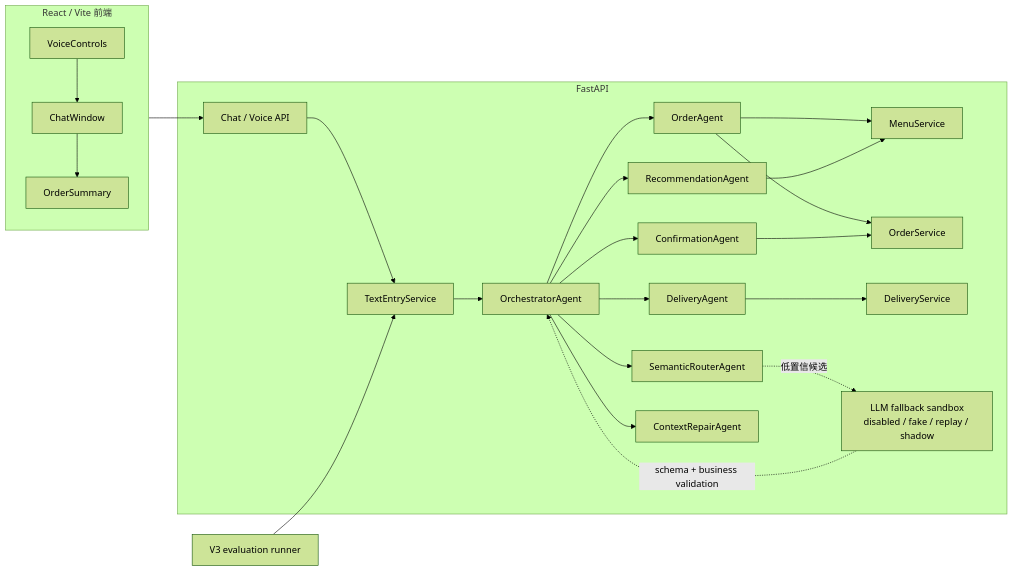
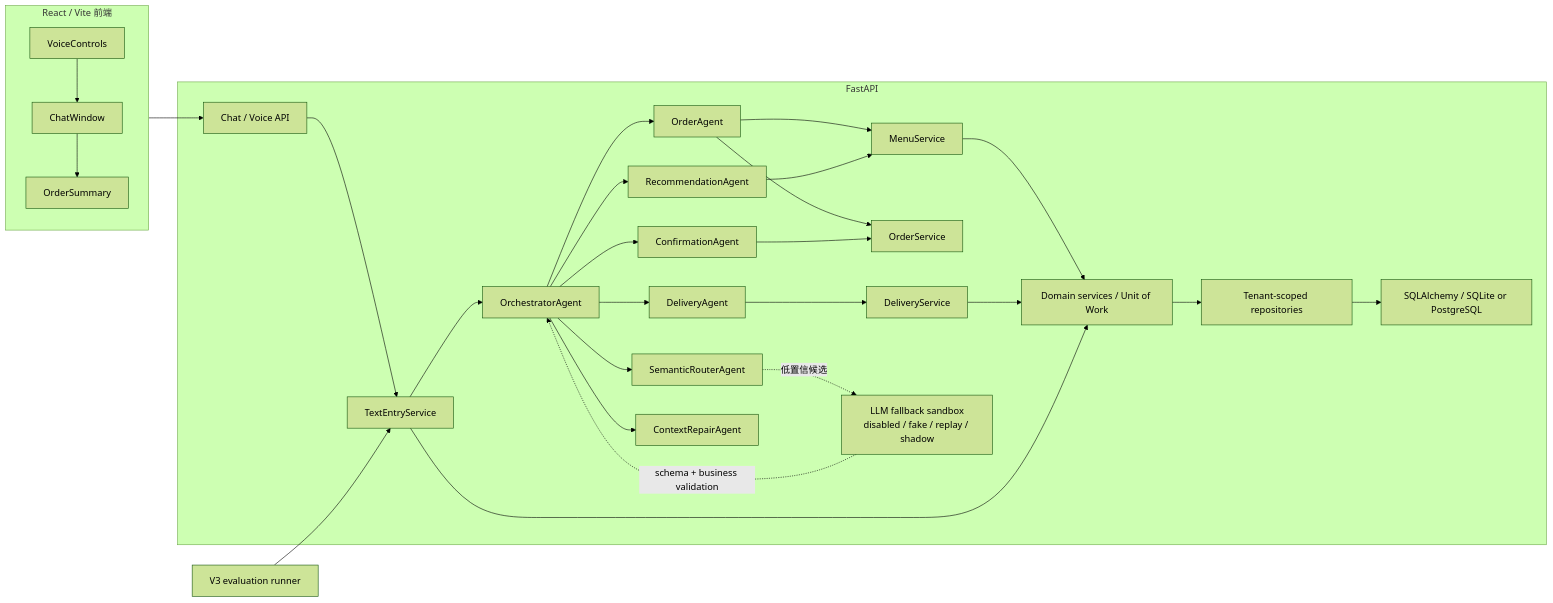
One commit to Blank-white-new/Order-agent changed the diagram in docs/architecture.md. Above: the diagram before and after it, drawn with Mermaid (forest theme). The commit also changed other lines of this file and 11 other files, not shown here.

````diff
--- a/docs/architecture.md
+++ b/docs/architecture.md
@@ -5,36 +5,42 @@
 ```mermaid
 flowchart LR
     subgraph FE["React / Vite 前端"]
         CW["ChatWindow"]
         VC["VoiceControls"]
         OS["OrderSummary"]
         CW --> OS
         VC --> CW
     end
 
     subgraph API["FastAPI"]
         HTTP["Chat / Voice API"]
         TES["TextEntryService"]
         ORCH["OrchestratorAgent"]
         ROUTER["SemanticRouterAgent"]
         HTTP --> TES --> ORCH --> ROUTER
 
         ORCH --> OA["OrderAgent"]
         ORCH --> RA["RecommendationAgent"]
         ORCH --> DA["DeliveryAgent"]
         ORCH --> CA["ConfirmationAgent"]
         ORCH --> CRA["ContextRepairAgent"]
 
         OA --> MS["MenuService"]
         RA --> MS
         OA --> ODS["OrderService"]
         CA --> ODS
         DA --> DS["DeliveryService"]
 
+        MS --> SVC["Domain services / Unit of Work"]
+        DS --> SVC
+        TES --> SVC
+        SVC --> REPO["Tenant-scoped repositories"]
+        REPO --> DB["SQLAlchemy / SQLite or PostgreSQL"]
+
         ROUTER -. "低置信候选" .-> LLM["LLM fallback sandbox\ndisabled / fake / replay / shadow"]
         LLM -. "schema + business validation" .-> ORCH
     end
 
     FE --> HTTP
     EVAL["V3 evaluation runner"] --> TES
 ```
````
